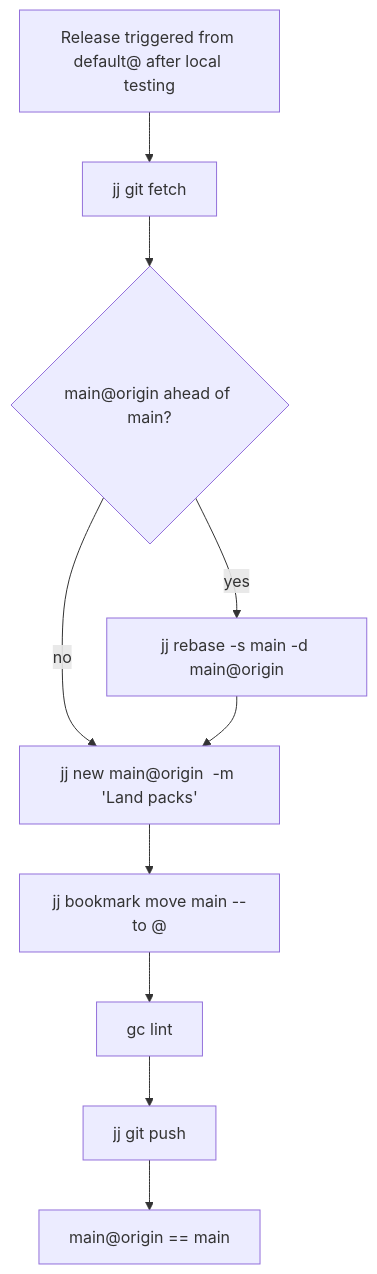
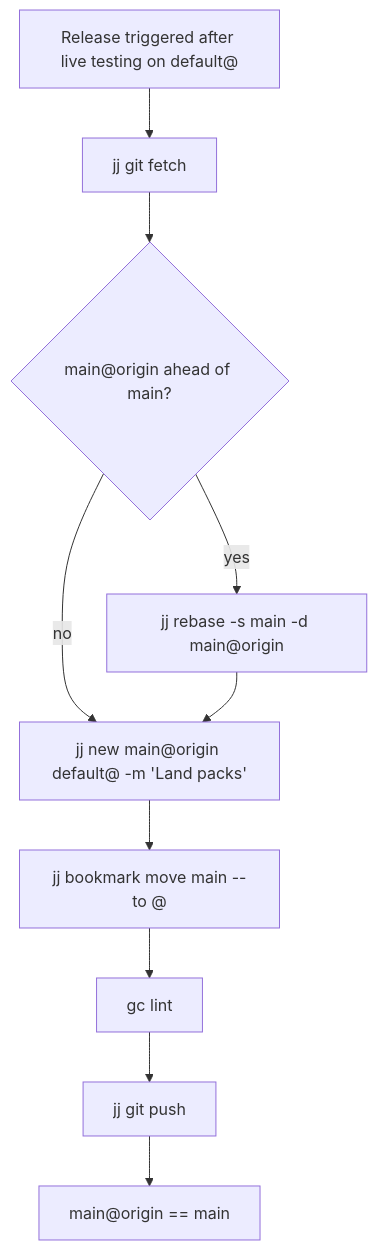
The diagram in packer/docs/diagrams/release-workflow.md (duncan4123/gascity-packs), drawn with Mermaid before and after one commit. The commit also changed other lines of this file and 15 other files, not shown here.

````diff
--- a/packer/docs/diagrams/release-workflow.md
+++ b/packer/docs/diagrams/release-workflow.md
@@ -7,19 +7,19 @@
 ```mermaid
 flowchart TD
-  start["Release triggered from default@ after local testing"]
+  start["Release triggered after live testing on default@"]
   fetch["jj git fetch"]
   check{"main@origin ahead of main?"}
   rebase["jj rebase -s main -d main@origin"]
-  merge["jj new main@origin <pack-tips...> -m 'Land packs'"]
+  merge["jj new main@origin default@ -m 'Land packs'"]
   move_main["jj bookmark move main --to @"]
   verify["gc lint <pack>"]
   push["jj git push"]
   confirm["main@origin == main"]
 
   start --> fetch
   fetch --> check
   check -->|yes| rebase
   check -->|no| merge
   rebase --> merge
   merge --> move_main --> verify --> push --> confirm
 ```
````
